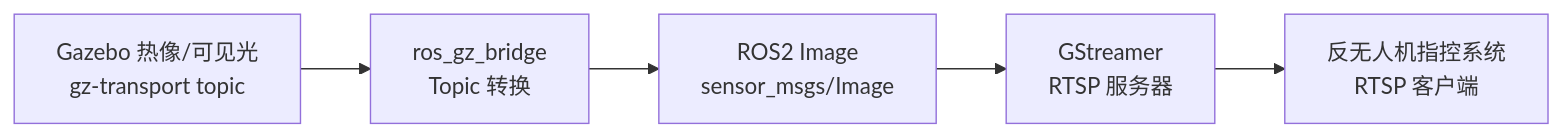
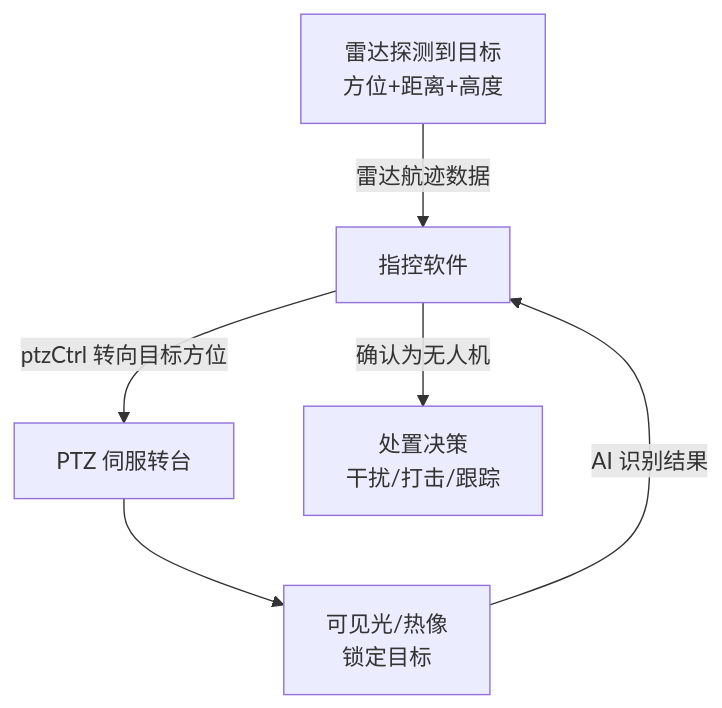
Before and after one commit to goodisok/hexo-blog: the fourth of 4 diagrams in source/_posts/反无人机光电转台深度解析-可见光与热成像相机原理及仿真建模实战.md, drawn with Mermaid. The commit also changed other lines of this file, not shown here.

First line of the commit message:
refactor: focus PTZ article on hardware principles, remove simulation content

```diff
--- a/source/_posts/反无人机光电转台深度解析-可见光与热成像相机原理及仿真建模实战.md
+++ b/source/_posts/反无人机光电转台深度解析-可见光与热成像相机原理及仿真建模实战.md
@@ -940,7 +460,8 @@
 {% mermaid %}
-graph LR
-    A[Gazebo 热像/可见光<br>gz-transport topic] --> B[ros_gz_bridge<br>Topic 转换]
-    B --> C[ROS2 Image<br>sensor_msgs/Image]
-    C --> D[GStreamer<br>RTSP 服务器]
-    D --> E[反无人机指控系统<br>RTSP 客户端]
+graph TB
+    A[雷达探测到目标<br>方位+距离+高度] -->|雷达航迹数据| B[指控软件]
+    B -->|ptzCtrl 转向目标方位| C[PTZ 伺服转台]
+    C --> D[可见光/热像<br>锁定目标]
+    D -->|AI 识别结果| B
+    B -->|确认为无人机| E[处置决策<br>干扰/打击/跟踪]
 {% endmermaid %}
```
